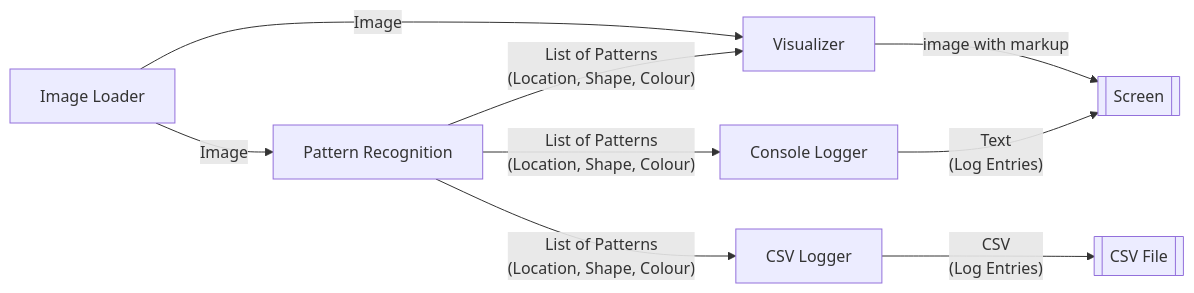
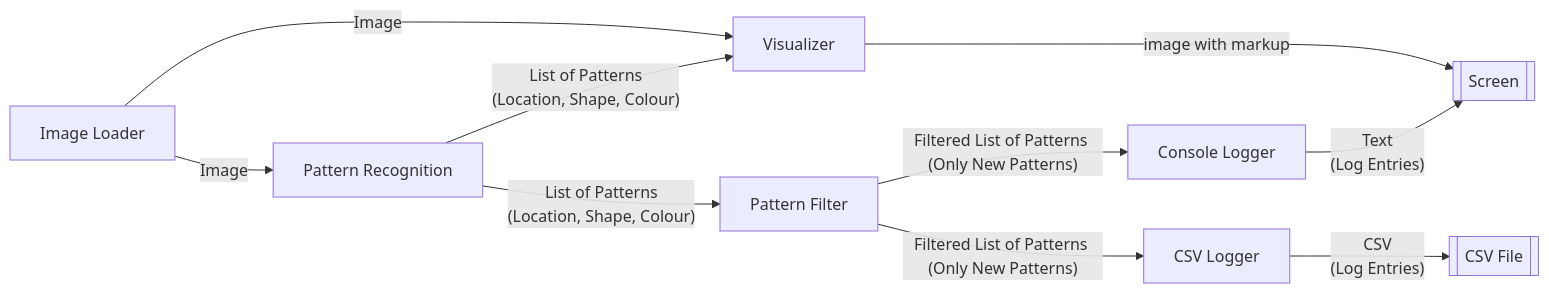
The diagram in README.md (rursprung/fhgr-sweng-pattern-recognition), drawn with Mermaid before and after one commit. The commit also changed 4 other files, not shown here.

First line of the commit message:
only print new/changed patterns in log

````diff
--- a/README.md
+++ b/README.md
@@ -19,25 +19,26 @@
 ```mermaid
 graph LR
     IL -->|Image|PR
     IL -->|Image|Viz
     PR -->|"List of Patterns
     (Location, Shape, Colour)"|Viz
     Viz -->|"image with markup"|Screen
-    
+
     PR -->|"List of Patterns
-    (Location, Shape, Colour)"|ConsoleLogger
+    (Location, Shape, Colour)"|PF
+    PF -->|"Filtered List of Patterns (Only New Patterns)"|ConsoleLogger
     ConsoleLogger-->|"Text
     (Log Entries)"|Screen
-    PR -->|"List of Patterns
-    (Location, Shape, Colour)"|CSVLogger
+    PF -->|"Filtered List of Patterns (Only New Patterns)"|CSVLogger
     CSVLogger -->|"CSV
     (Log Entries)"|CSVFile
-    
+
     IL[Image Loader]
     Viz[Visualizer]
     PR[Pattern Recognition]
+    PF[Pattern Filter]
     ConsoleLogger[Console Logger]
     CSVLogger[CSV Logger]
     Screen[[Screen]]
     CSVFile[[CSV File]]
 ```
````
